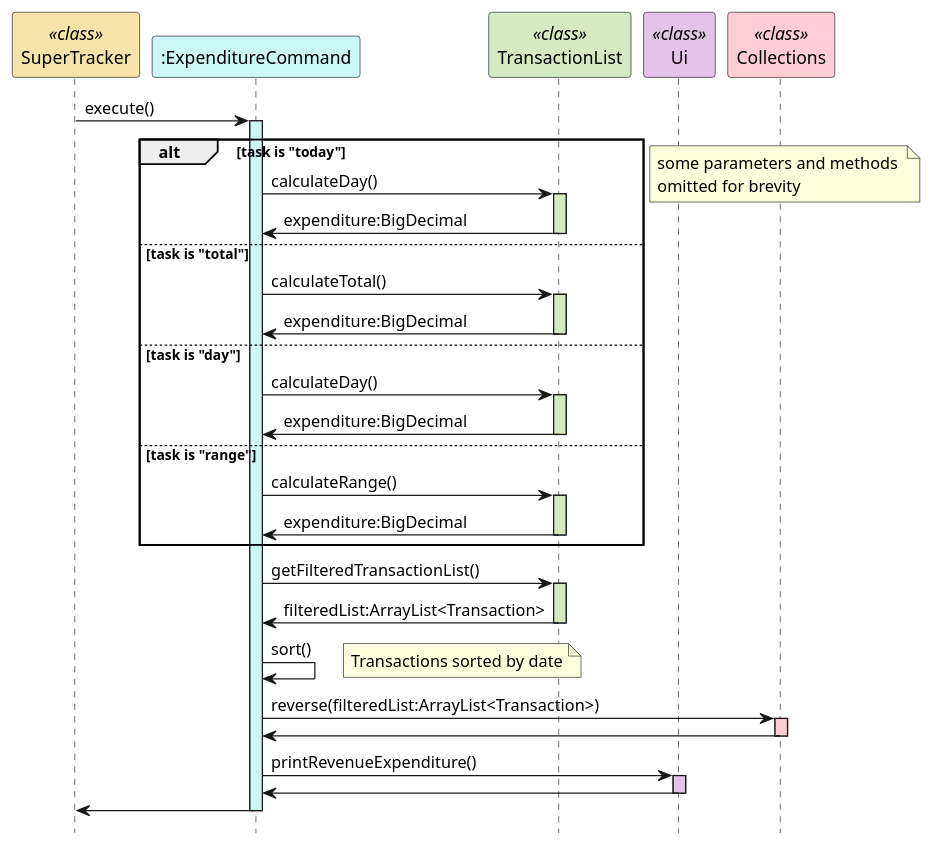
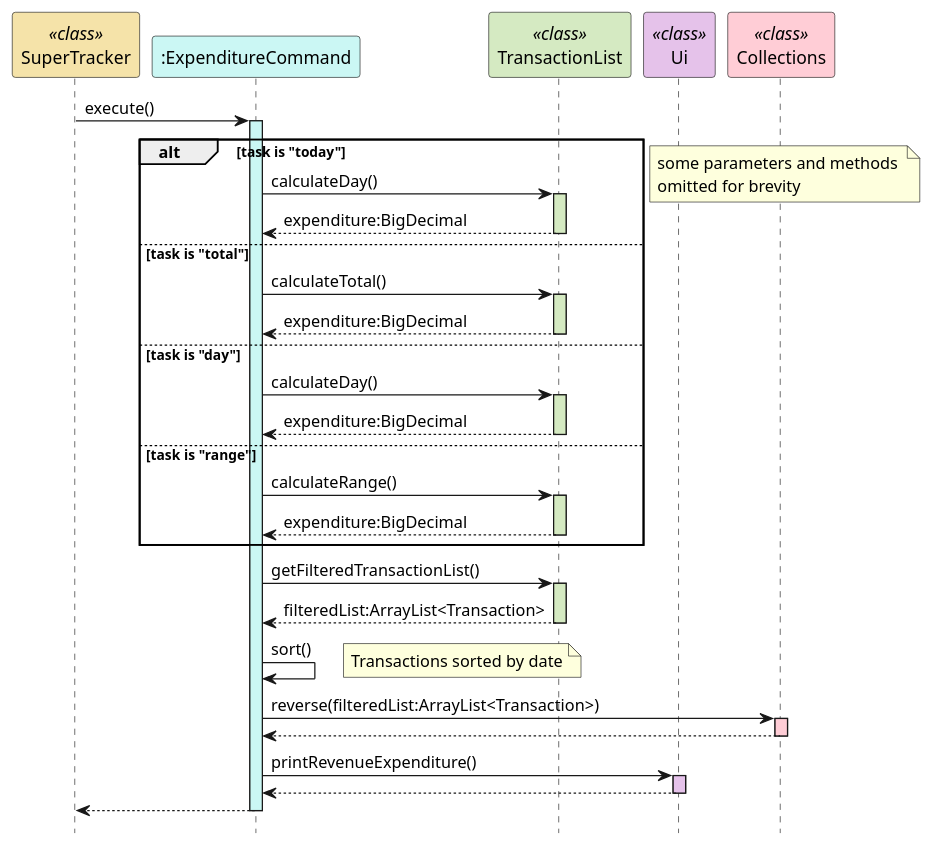
The second of 2 diagrams in docs/uml-diagrams/ExpenditureCommand.puml (rismm/tp), drawn with PlantUML before and after one commit. The commit also changed 3 other files, not shown here.

Commit message:
Fix UML diagrams

```diff
--- a/docs/uml-diagrams/ExpenditureCommand.puml
+++ b/docs/uml-diagrams/ExpenditureCommand.puml
@@ -57,58 +57,59 @@
 @startuml
 hide footbox
 participant "SuperTracker" as SuperTracker <<class>> #f5e3a9
 participant ":ExpenditureCommand" as ExpenditureCommand #cbf7f4
 participant "TransactionList" as TransactionList <<class>> #d5eac2
 participant "Ui" as Ui <<class>> #e5c2ea
 participant "Collections" as Collections <<class>> #ffcdd6
 
 SuperTracker -> ExpenditureCommand : execute()
 activate ExpenditureCommand #cbf7f4
 alt task is "today"
     ExpenditureCommand -> TransactionList : calculateDay()
     activate TransactionList #d5eac2
-    TransactionList -> ExpenditureCommand : expenditure:BigDecimal
+    TransactionList --> ExpenditureCommand : expenditure:BigDecimal
     deactivate TransactionList
 
 else task is "total"
     ExpenditureCommand -> TransactionList : calculateTotal()
     activate TransactionList #d5eac2
-    TransactionList -> ExpenditureCommand : expenditure:BigDecimal
+    TransactionList --> ExpenditureCommand : expenditure:BigDecimal
     deactivate TransactionList
 
 else task is "day"
     ExpenditureCommand -> TransactionList : calculateDay()
     activate TransactionList #d5eac2
-    TransactionList -> ExpenditureCommand : expenditure:BigDecimal
+    TransactionList --> ExpenditureCommand : expenditure:BigDecimal
     deactivate TransactionList
 
 else task is "range"
     ExpenditureCommand -> TransactionList : calculateRange()
     activate TransactionList #d5eac2
-    TransactionList -> ExpenditureCommand : expenditure:BigDecimal
+    TransactionList --> ExpenditureCommand : expenditure:BigDecimal
     deactivate TransactionList
 end
+
 note right : some parameters and methods \nomitted for brevity
 
 ExpenditureCommand -> TransactionList : getFilteredTransactionList()
 activate TransactionList #d5eac2
-TransactionList -> ExpenditureCommand : filteredList:ArrayList<Transaction>
+TransactionList --> ExpenditureCommand : filteredList:ArrayList<Transaction>
 deactivate TransactionList
 
 ExpenditureCommand -> ExpenditureCommand : sort()
 note right : Transactions sorted by date
 
 ExpenditureCommand -> Collections : reverse(filteredList:ArrayList<Transaction>)
 activate Collections #ffcdd6
-Collections -> ExpenditureCommand
+Collections --> ExpenditureCommand
 deactivate Collections
 
 ExpenditureCommand -> Ui : printRevenueExpenditure()
 activate Ui #e5c2ea
-Ui -> ExpenditureCommand
+Ui --> ExpenditureCommand
 deactivate Ui
 
-ExpenditureCommand -> SuperTracker
+ExpenditureCommand --> SuperTracker
 deactivate ExpenditureCommand
 
 @enduml
```
